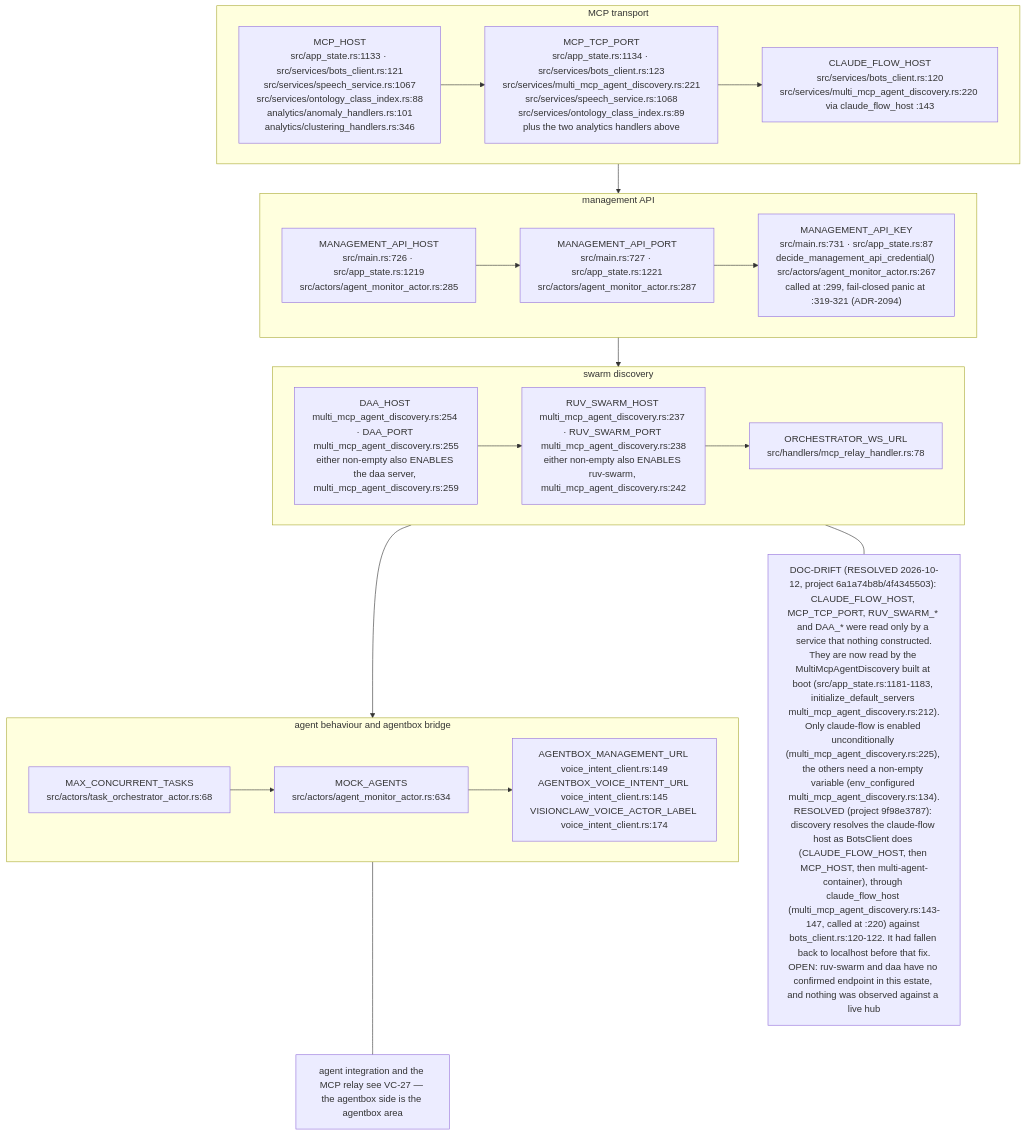
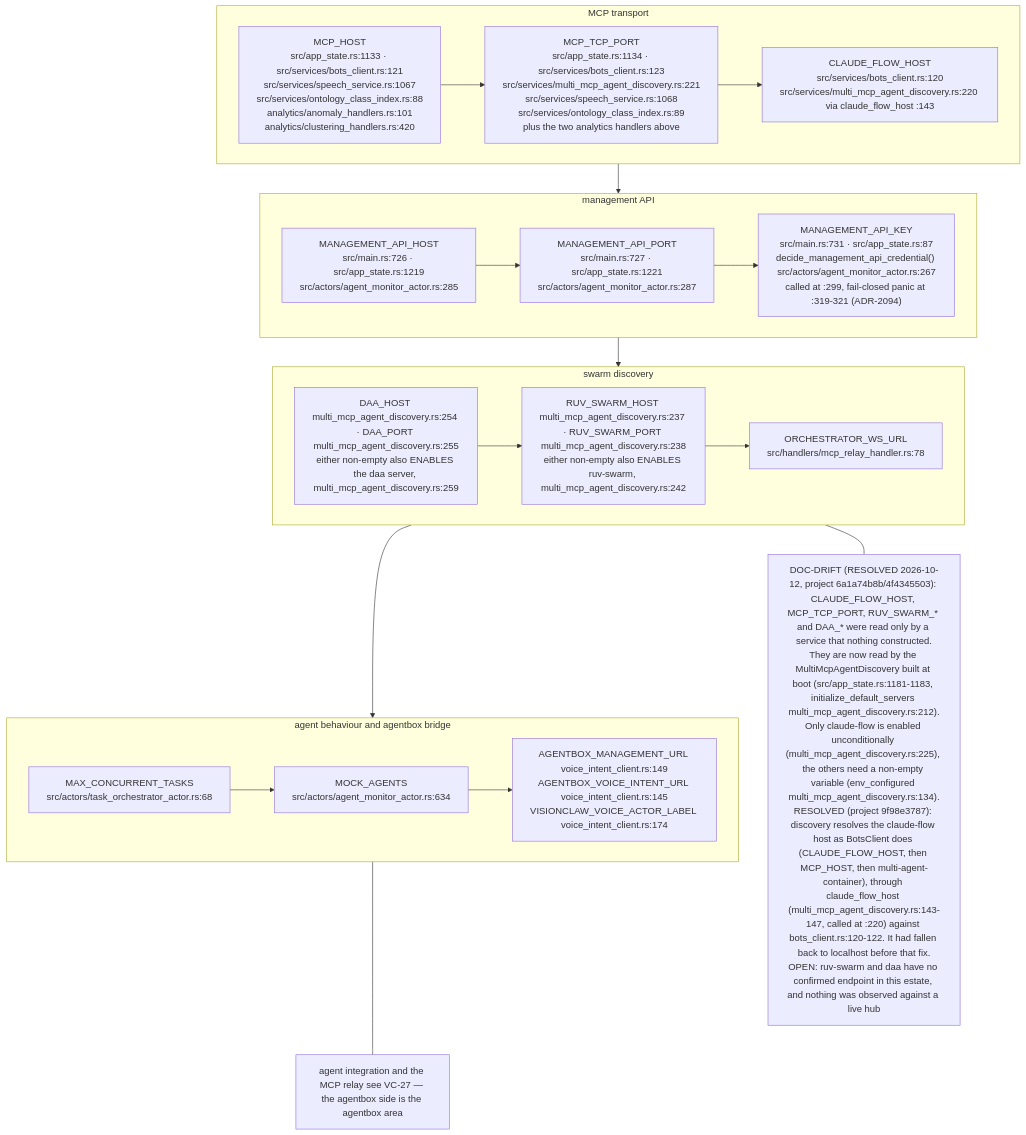
Before and after one commit to DreamLab-AI/VisionFlow: diagram 12 of 16 in docs/diagrams/visionclaw/09-config-and-env-flags.md, drawn with Mermaid. The commit also changed other lines of this file and 56 other files, not shown here.

First line of the commit message:
docs(diagrams): re-verify VisionClaw topics at ec785afa9, add VC-19/56/57 and the VisionClaw register

````diff
--- a/docs/diagrams/visionclaw/09-config-and-env-flags.md
+++ b/docs/diagrams/visionclaw/09-config-and-env-flags.md
@@ -480,20 +493,20 @@
 ```mermaid
 flowchart TB
     subgraph MCP["MCP transport"]
-        M1["MCP_HOST<br/>src/app_state.rs:1133 · src/services/bots_client.rs:121<br/>src/services/speech_service.rs:1067<br/>src/services/ontology_class_index.rs:88<br/>analytics/anomaly_handlers.rs:101<br/>analytics/clustering_handlers.rs:346"] --> M2["MCP_TCP_PORT<br/>src/app_state.rs:1134 · src/services/bots_client.rs:123<br/>src/services/multi_mcp_agent_discovery.rs:221<br/>src/services/speech_service.rs:1068<br/>src/services/ontology_class_index.rs:89<br/>plus the two analytics handlers above"] --> M3["CLAUDE_FLOW_HOST<br/>src/services/bots_client.rs:120<br/>src/services/multi_mcp_agent_discovery.rs:220 via claude_flow_host :143"]
+        M1["MCP_HOST<br/>src/app_state.rs:1133 · src/services/bots_client.rs:121<br/>src/services/speech_service.rs:1067<br/>src/services/ontology_class_index.rs:88<br/>analytics/anomaly_handlers.rs:101<br/>analytics/clustering_handlers.rs:420"] --> M2["MCP_TCP_PORT<br/>src/app_state.rs:1134 · src/services/bots_client.rs:123<br/>src/services/multi_mcp_agent_discovery.rs:221<br/>src/services/speech_service.rs:1068<br/>src/services/ontology_class_index.rs:89<br/>plus the two analytics handlers above"] --> M3["CLAUDE_FLOW_HOST<br/>src/services/bots_client.rs:120<br/>src/services/multi_mcp_agent_discovery.rs:220 via claude_flow_host :143"]
     end
     subgraph MGMT["management API"]
         G1["MANAGEMENT_API_HOST<br/>src/main.rs:726 · src/app_state.rs:1219<br/>src/actors/agent_monitor_actor.rs:285"] --> G2["MANAGEMENT_API_PORT<br/>src/main.rs:727 · src/app_state.rs:1221<br/>src/actors/agent_monitor_actor.rs:287"] --> G3["MANAGEMENT_API_KEY<br/>src/main.rs:731 · src/app_state.rs:87<br/>decide_management_api_credential() src/actors/agent_monitor_actor.rs:267<br/>called at :299, fail-closed panic at :319-321 (ADR-2094)"]
     end
     subgraph DISC["swarm discovery"]
         D1["DAA_HOST multi_mcp_agent_discovery.rs:254 · DAA_PORT multi_mcp_agent_discovery.rs:255<br/>either non-empty also ENABLES the daa server, multi_mcp_agent_discovery.rs:259"] --> D2["RUV_SWARM_HOST multi_mcp_agent_discovery.rs:237 · RUV_SWARM_PORT multi_mcp_agent_discovery.rs:238<br/>either non-empty also ENABLES ruv-swarm, multi_mcp_agent_discovery.rs:242"] --> D3["ORCHESTRATOR_WS_URL<br/>src/handlers/mcp_relay_handler.rs:78"]
     end
     subgraph AGENTS["agent behaviour and agentbox bridge"]
         A1["MAX_CONCURRENT_TASKS<br/>src/actors/task_orchestrator_actor.rs:68"] --> A2["MOCK_AGENTS<br/>src/actors/agent_monitor_actor.rs:634"] --> A3["AGENTBOX_MANAGEMENT_URL voice_intent_client.rs:149<br/>AGENTBOX_VOICE_INTENT_URL voice_intent_client.rs:145<br/>VISIONCLAW_VOICE_ACTOR_LABEL voice_intent_client.rs:174"]
     end
     MCP --> MGMT --> DISC --> AGENTS
     NR["DOC-DRIFT (RESOLVED 2026-10-12, project 6a1a74b8b/4f4345503): CLAUDE_FLOW_HOST, MCP_TCP_PORT, RUV_SWARM_* and DAA_* were read only by a service that nothing constructed.<br/>They are now read by the MultiMcpAgentDiscovery built at boot (src/app_state.rs:1181-1183, initialize_default_servers multi_mcp_agent_discovery.rs:212).<br/>Only claude-flow is enabled unconditionally (multi_mcp_agent_discovery.rs:225), the others need a non-empty variable (env_configured multi_mcp_agent_discovery.rs:134).<br/>RESOLVED (project 9f98e3787): discovery resolves the claude-flow host as BotsClient does (CLAUDE_FLOW_HOST, then MCP_HOST, then multi-agent-container), through claude_flow_host (multi_mcp_agent_discovery.rs:143-147, called at :220) against bots_client.rs:120-122. It had fallen back to localhost before that fix.<br/>OPEN: ruv-swarm and daa have no confirmed endpoint in this estate, and nothing was observed against a live hub"]
     DISC --- NR
     N["agent integration and the MCP relay see VC-27 — the agentbox side is the agentbox area"]
     AGENTS --- N
 ```
````
